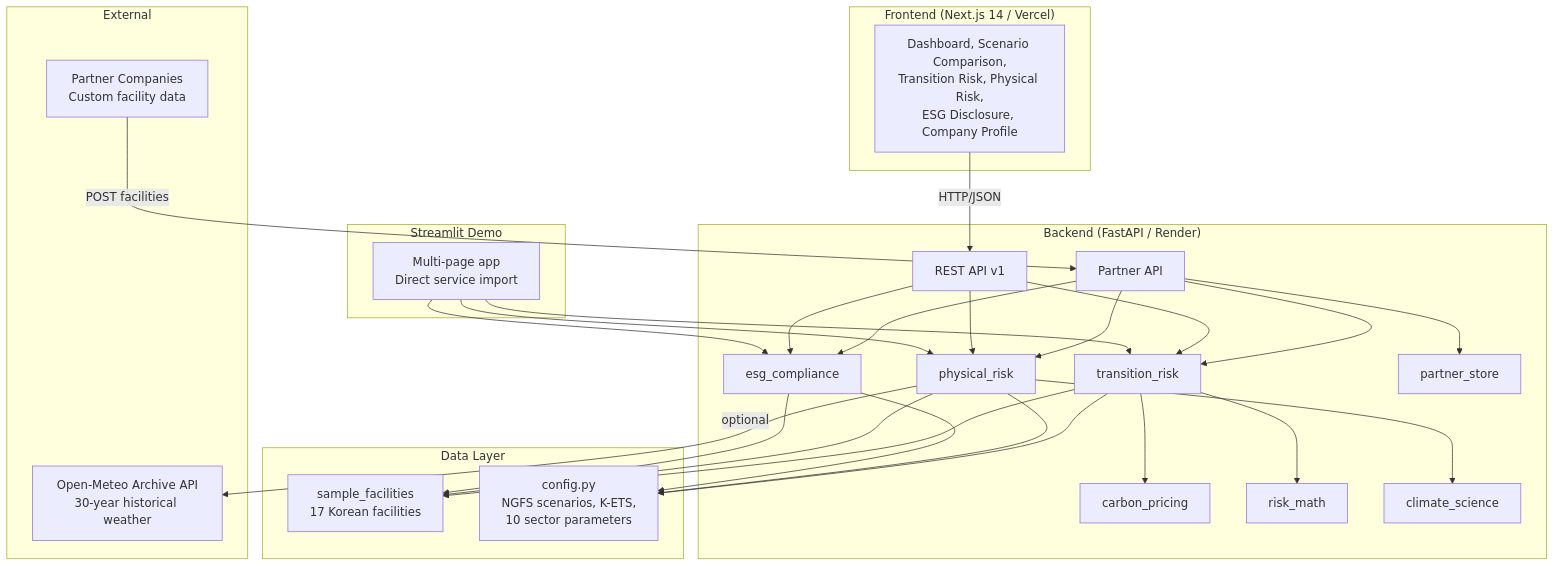
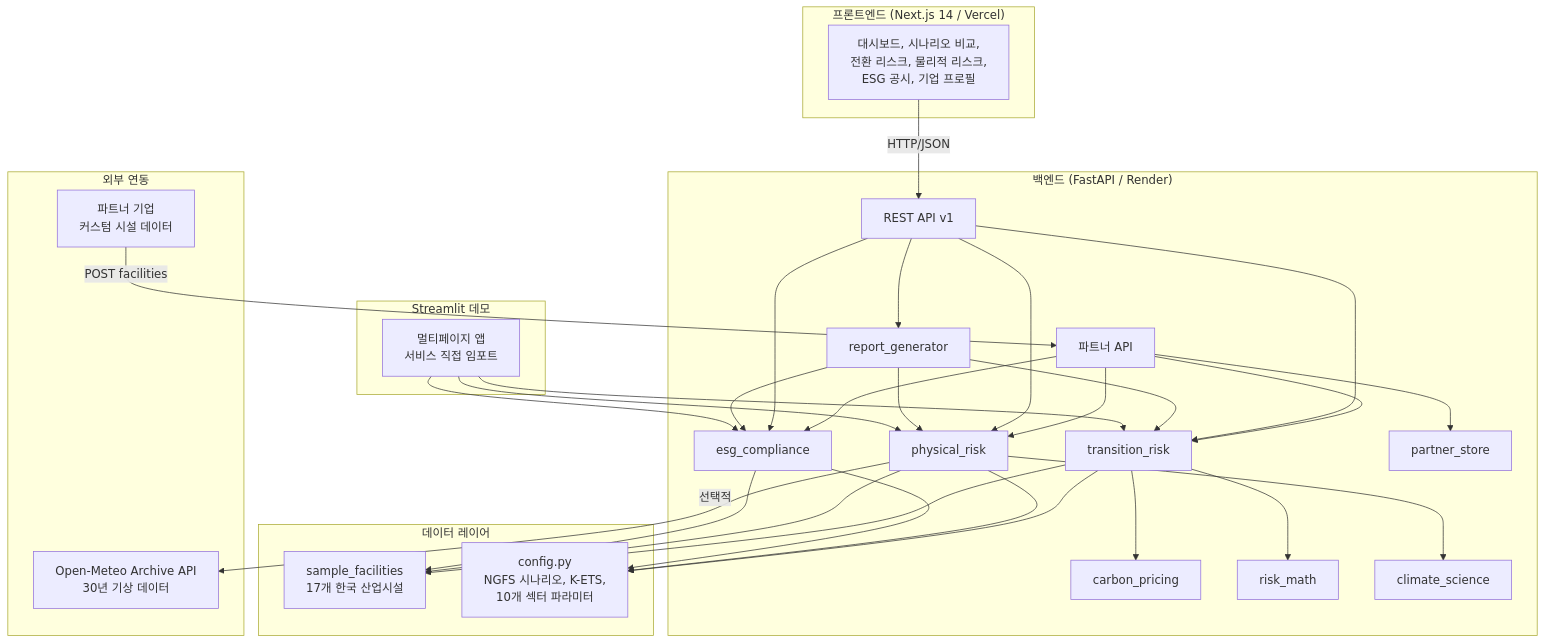
One commit to PLANiT-Institute/climate_risk changed the diagram in README.md. Above: the diagram before and after it, drawn with Mermaid. The commit also changed other lines of this file and 42 other files, not shown here.

````diff
--- a/README.md
+++ b/README.md
@@ -29,55 +111,60 @@
 ```mermaid
 graph TB
-    subgraph Frontend["Frontend (Next.js 14 / Vercel)"]
-        FE[Dashboard, Scenario Comparison,<br/>Transition Risk, Physical Risk,<br/>ESG Disclosure, Company Profile]
+    subgraph Frontend["프론트엔드 (Next.js 14 / Vercel)"]
+        FE[대시보드, 시나리오 비교,<br/>전환 리스크, 물리적 리스크,<br/>ESG 공시, 기업 프로필]
     end
 
-    subgraph Backend["Backend (FastAPI / Render)"]
+    subgraph Backend["백엔드 (FastAPI / Render)"]
         API[REST API v1]
-        PA[Partner API]
+        PA[파트너 API]
         TR[transition_risk]
         PR[physical_risk]
         ESG[esg_compliance]
         CP[carbon_pricing]
         RM[risk_math]
         CS[climate_science]
         PS[partner_store]
+        RPT[report_generator]
     end
 
-    subgraph Data["Data Layer"]
-        FAC[sample_facilities<br/>17 Korean facilities]
-        CFG[config.py<br/>NGFS scenarios, K-ETS,<br/>10 sector parameters]
+    subgraph Data["데이터 레이어"]
+        FAC[sample_facilities<br/>17개 한국 산업시설]
+        CFG[config.py<br/>NGFS 시나리오, K-ETS,<br/>10개 섹터 파라미터]
     end
 
-    subgraph External["External"]
-        OM[Open-Meteo Archive API<br/>30-year historical weather]
-        PART[Partner Companies<br/>Custom facility data]
+    subgraph External["외부 연동"]
+        OM[Open-Meteo Archive API<br/>30년 기상 데이터]
+        PART[파트너 기업<br/>커스텀 시설 데이터]
     end
 
-    subgraph Streamlit["Streamlit Demo"]
-        ST[Multi-page app<br/>Direct service import]
+    subgraph Streamlit["Streamlit 데모"]
+        ST[멀티페이지 앱<br/>서비스 직접 임포트]
     end
 
     FE -->|HTTP/JSON| API
     PART -->|POST facilities| PA
     PA --> PS
     PA --> TR
     PA --> PR
     PA --> ESG
     API --> TR
     API --> PR
     API --> ESG
+    API --> RPT
     TR --> CP
     TR --> RM
     PR --> CS
-    PR -->|optional| OM
+    PR -->|선택적| OM
     TR --> FAC
     PR --> FAC
     ESG --> FAC
     TR --> CFG
     PR --> CFG
     ESG --> CFG
+    RPT --> TR
+    RPT --> PR
+    RPT --> ESG
     ST --> TR
     ST --> PR
     ST --> ESG
 ```
````
